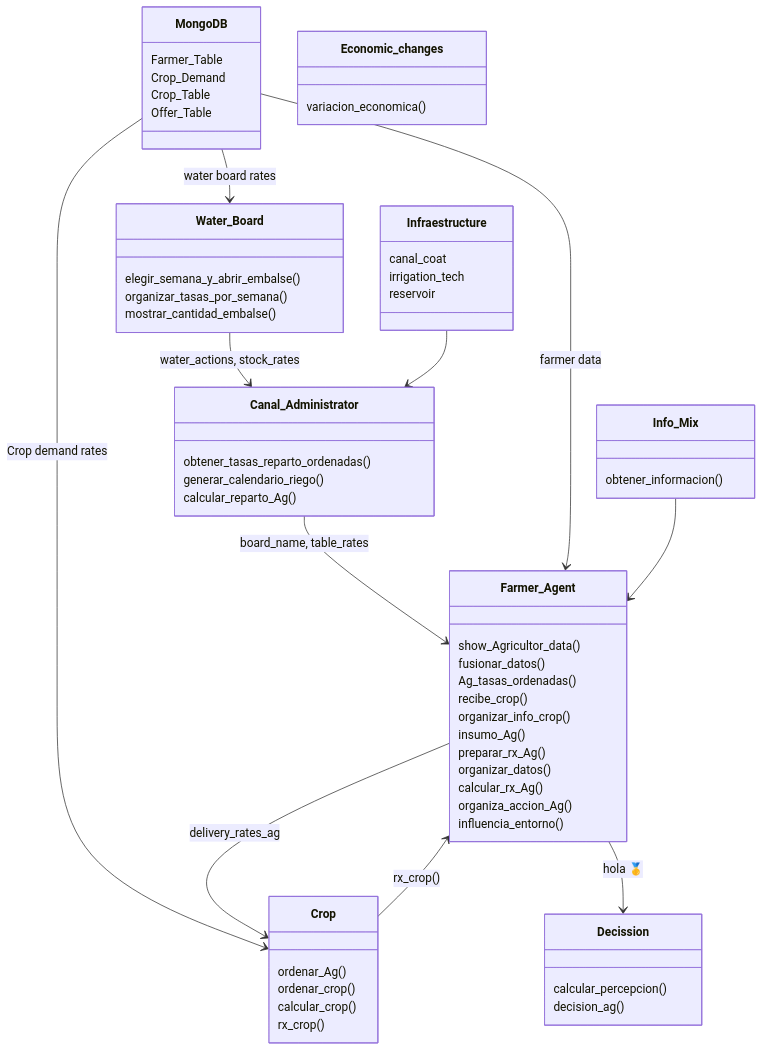
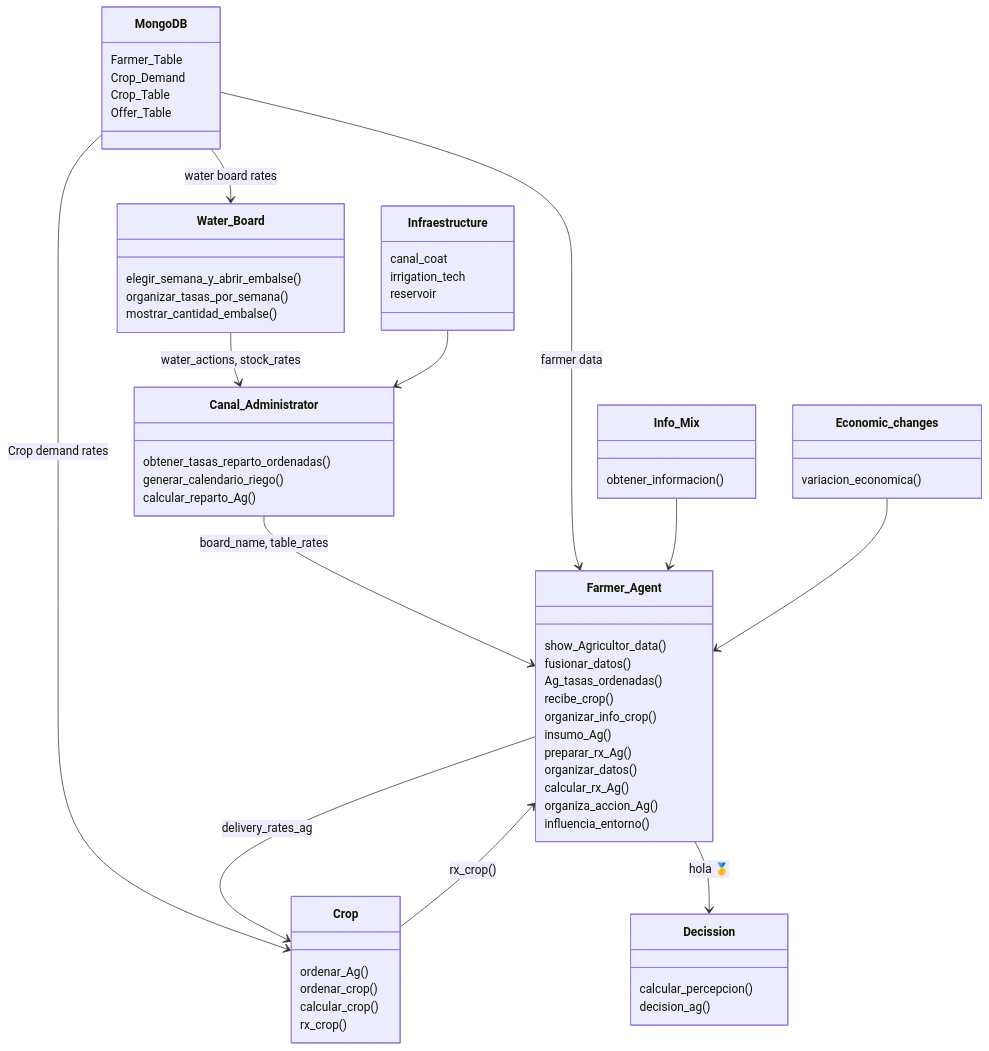
One commit to Pablov81/Agrotopia changed the diagram in README.md. Above: the diagram before and after it, drawn with Mermaid.

````diff
--- a/README.md
+++ b/README.md
@@ -46,72 +46,73 @@
 ```mermaid
 classDiagram
     class MongoDB {
         Farmer_Table
         Crop_Demand
         Crop_Table
         Offer_Table
     }
 
     class Water_Board {
         elegir_semana_y_abrir_embalse()
         organizar_tasas_por_semana()
         mostrar_cantidad_embalse()
     }
 
     class Canal_Administrator{
         obtener_tasas_reparto_ordenadas()
         generar_calendario_riego()
         calcular_reparto_Ag()
     }
 
     class Farmer_Agent {
         show_Agricultor_data()
         fusionar_datos()
         Ag_tasas_ordenadas()
         recibe_crop()
         organizar_info_crop()
         insumo_Ag()
         preparar_rx_Ag()
         organizar_datos()
         calcular_rx_Ag()
         organiza_accion_Ag()
         influencia_entorno()
     }
 
     class Crop {
         ordenar_Ag()
         ordenar_crop()
         calcular_crop()
         rx_crop()
     }
 
     class Decission {
         calcular_percepcion()
         decision_ag()
     }
 
     class Info_Mix {
         obtener_informacion()
     }
 
     class Infraestructure {
         canal_coat
         irrigation_tech
         reservoir
     }
 
     class Economic_changes {
         variacion_economica()
     }
 
     Water_Board --> Canal_Administrator: water_actions, stock_rates
     Canal_Administrator --> Farmer_Agent: board_name, table_rates
     MongoDB --> Water_Board: water board rates
     MongoDB --> Farmer_Agent: farmer data
     MongoDB --> Crop: Crop demand rates
     Farmer_Agent --> Crop: delivery_rates_ag
     Farmer_Agent --> Decission:hola 🥇
     Info_Mix-->Farmer_Agent
+    Economic_changes-->Farmer_Agent
     Infraestructure-->Canal_Administrator
     Crop --> Farmer_Agent:rx_crop()
 ```
````
